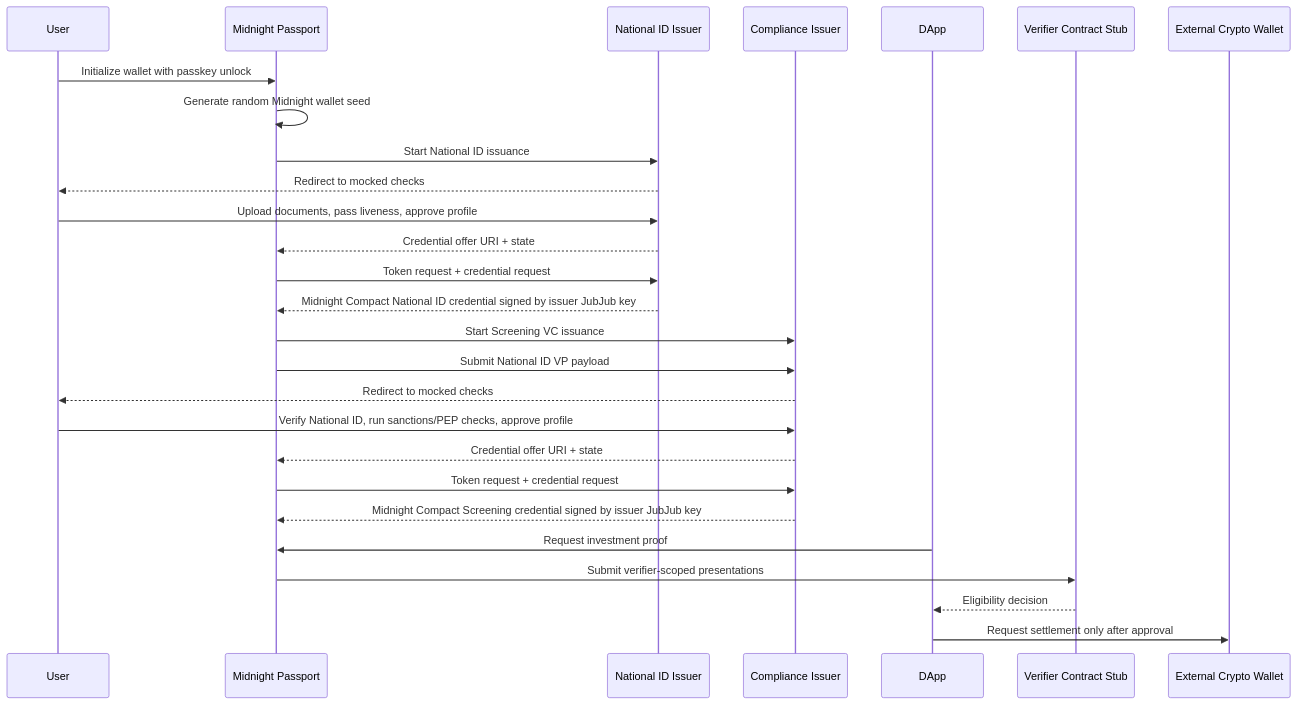
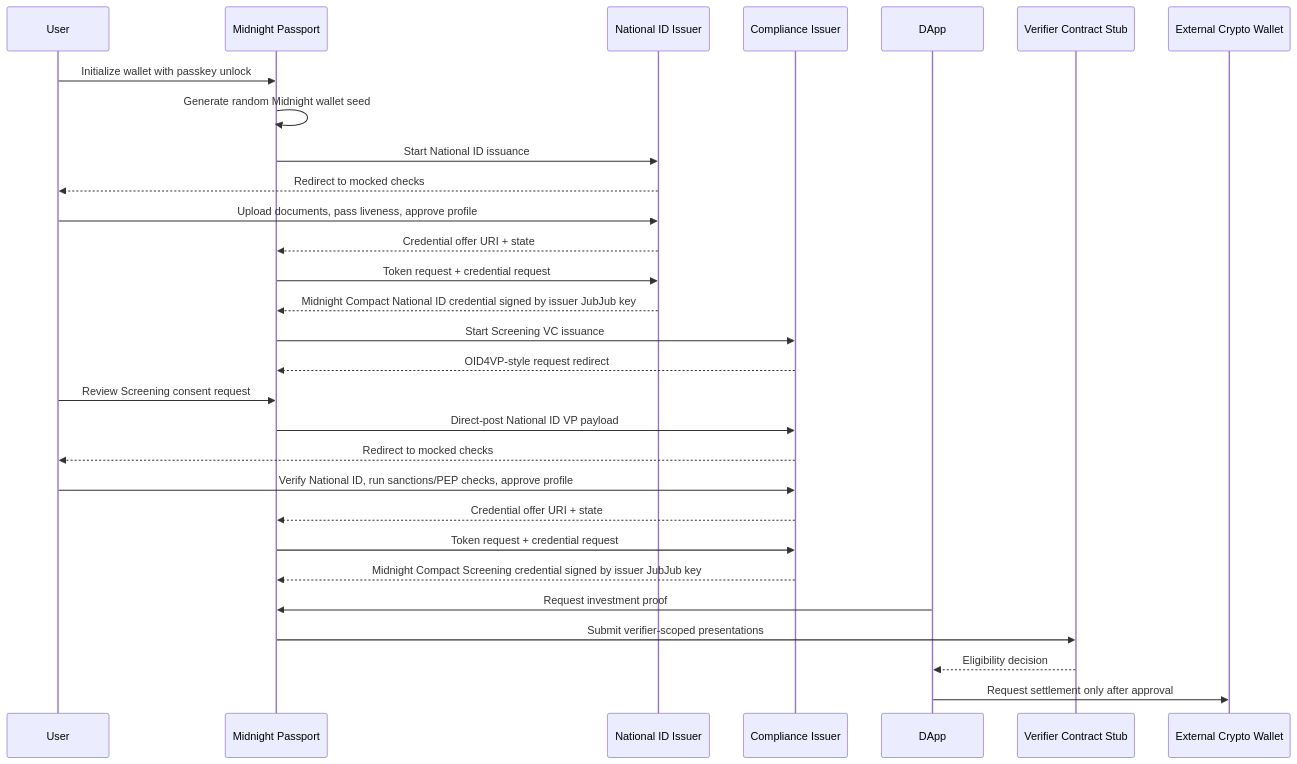
One commit to midnightntwrk/midnight-did changed the diagram in docs-site/use-cases/midnight-passport-prototype.md. Above: the diagram before and after it, drawn with Mermaid. The commit also changed other lines of this file and 12 other files, not shown here.

Commit message:
Add wallet-mediated screening presentation flow

````diff
--- a/docs-site/use-cases/midnight-passport-prototype.md
+++ b/docs-site/use-cases/midnight-passport-prototype.md
@@ -29,30 +29,32 @@
 ```mermaid
 sequenceDiagram
   participant User
   participant Passport as Midnight Passport
   participant ID as National ID Issuer
   participant Compliance as Compliance Issuer
   participant DApp
   participant Verifier as Verifier Contract Stub
   participant Wallet as External Crypto Wallet
 
   User->>Passport: Initialize wallet with passkey unlock
   Passport->>Passport: Generate random Midnight wallet seed
   Passport->>ID: Start National ID issuance
   ID-->>User: Redirect to mocked checks
   User->>ID: Upload documents, pass liveness, approve profile
   ID-->>Passport: Credential offer URI + state
   Passport->>ID: Token request + credential request
   ID-->>Passport: Midnight Compact National ID credential signed by issuer JubJub key
   Passport->>Compliance: Start Screening VC issuance
-  Passport->>Compliance: Submit National ID VP payload
+  Compliance-->>Passport: OID4VP-style request redirect
+  User->>Passport: Review Screening consent request
+  Passport->>Compliance: Direct-post National ID VP payload
   Compliance-->>User: Redirect to mocked checks
   User->>Compliance: Verify National ID, run sanctions/PEP checks, approve profile
   Compliance-->>Passport: Credential offer URI + state
   Passport->>Compliance: Token request + credential request
   Compliance-->>Passport: Midnight Compact Screening credential signed by issuer JubJub key
   DApp->>Passport: Request investment proof
   Passport->>Verifier: Submit verifier-scoped presentations
   Verifier-->>DApp: Eligibility decision
   DApp->>Wallet: Request settlement only after approval
 ```
````
